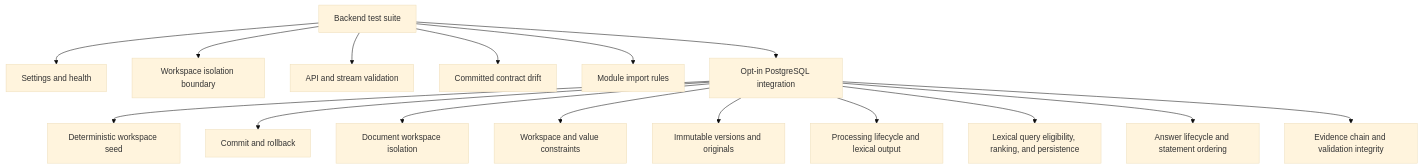
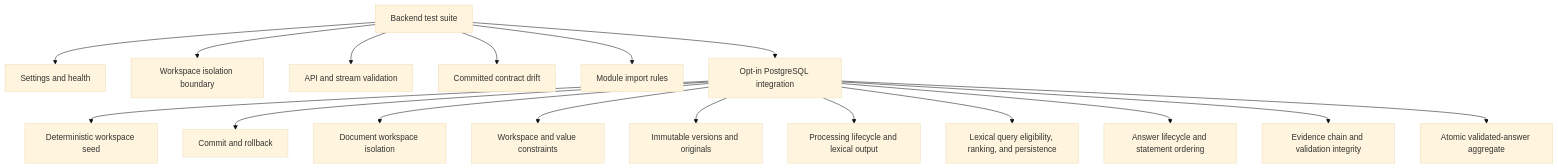
One commit to rnkraus/investment-research changed the diagram in backend/tests/README.md. Above: the diagram before and after it, drawn with Mermaid (base theme). The commit also changed other lines of this file and 9 other files, not shown here.

````diff
--- a/backend/tests/README.md
+++ b/backend/tests/README.md
@@ -15,18 +15,19 @@
 ```mermaid
 flowchart TD
     TESTS[Backend test suite] --> RUNTIME[Settings and health]
     TESTS --> IDENTITY[Workspace isolation boundary]
     TESTS --> CONTRACTS[API and stream validation]
     TESTS --> OPENAPI[Committed contract drift]
     TESTS --> ARCH[Module import rules]
     TESTS --> POSTGRES[Opt-in PostgreSQL integration]
     POSTGRES --> SEED[Deterministic workspace seed]
     POSTGRES --> TX[Commit and rollback]
     POSTGRES --> DOCS[Document workspace isolation]
     POSTGRES --> CONSTRAINTS[Workspace and value constraints]
     POSTGRES --> IMMUTABLE[Immutable versions and originals]
     POSTGRES --> PROCESSING[Processing lifecycle and lexical output]
     POSTGRES --> SEARCH[Lexical query eligibility, ranking, and persistence]
     POSTGRES --> RESEARCH[Answer lifecycle and statement ordering]
     POSTGRES --> EVIDENCE[Evidence chain and validation integrity]
+    POSTGRES --> ANSWER[Atomic validated-answer aggregate]
 ```
````
